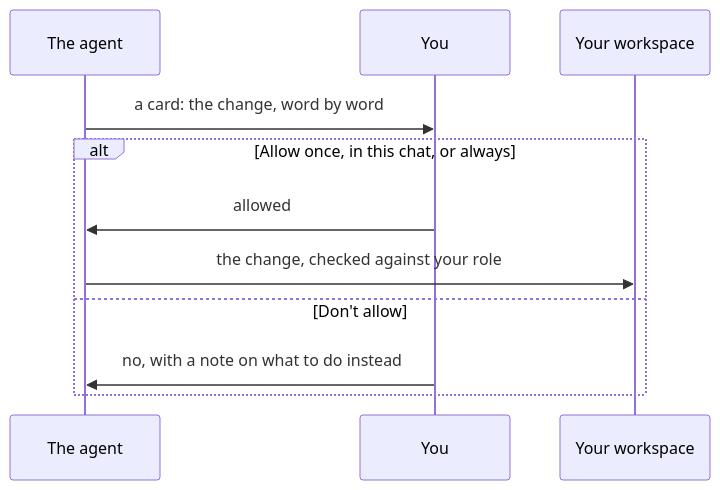
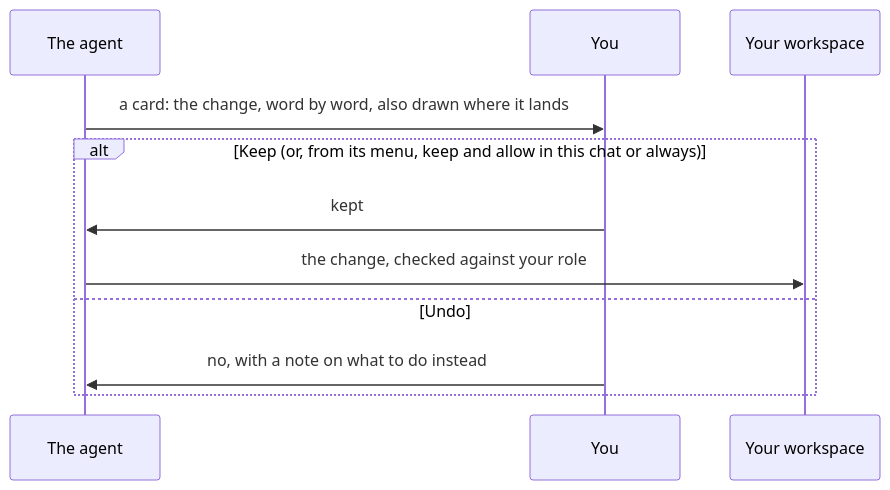
The third of 3 diagrams in docs/design/ai.md (tim4431/gamma), drawn with Mermaid before and after one commit. The commit also changed other lines of this file and 84 other files, not shown here.

````diff
--- a/docs/design/ai.md
+++ b/docs/design/ai.md
@@ -121,14 +121,14 @@
 ```mermaid
 sequenceDiagram
   accTitle: A change that asks first
   participant AI as The agent
   participant You
   participant W as Your workspace
-  AI->>You: a card: the change, word by word
-  alt Allow once, in this chat, or always
-    You->>AI: allowed
+  AI->>You: a card: the change, word by word, also drawn where it lands
+  alt Keep (or, from its menu, keep and allow in this chat or always)
+    You->>AI: kept
     AI->>W: the change, checked against your role
-  else Don't allow
+  else Undo
     You->>AI: no, with a note on what to do instead
   end
 ```
````
